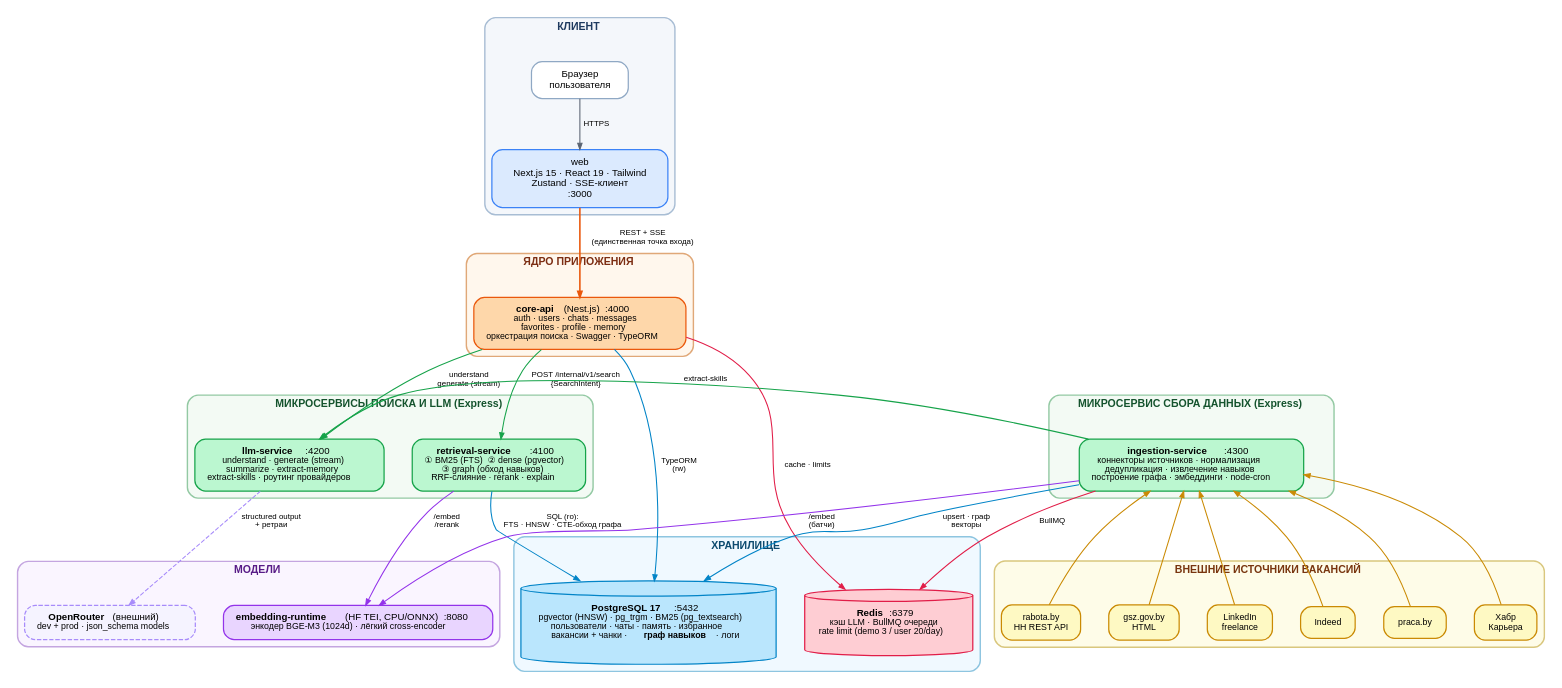
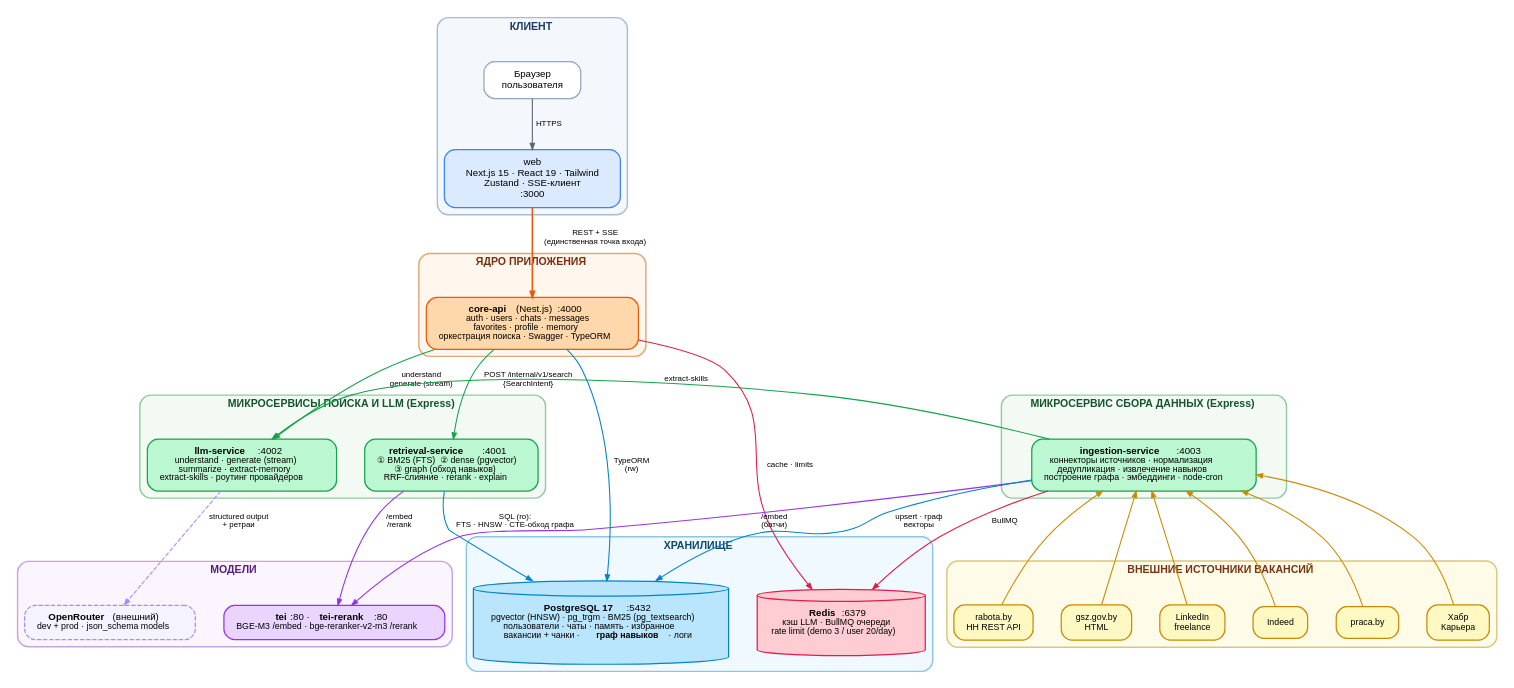
The diagram in Wiki/diagrams/architecture.dot (Daniello0/hira), drawn with Graphviz before and after one commit. The commit also changed 7 other files, not shown here.

```diff
--- a/Wiki/diagrams/architecture.dot
+++ b/Wiki/diagrams/architecture.dot
@@ -1,145 +1,145 @@
 digraph Architecture {
     rankdir=TB;
     splines=spline;
     nodesep=0.45;
     ranksep=0.65;
     bgcolor="#ffffff";
     fontname="Helvetica";
     compound=true;
 
     node [shape=box, style="rounded,filled", fontname="Helvetica", fontsize=11,
           penwidth=1.4, margin="0.20,0.12"];
     edge [fontname="Helvetica", fontsize=9, color="#5b6472", penwidth=1.2,
           arrowsize=0.7];
 
     // ───────────────────────── КЛИЕНТ ─────────────────────────
     subgraph cluster_client {
         label="  КЛИЕНТ  ";
         fontname="Helvetica-Bold"; fontsize=12; fontcolor="#1e3a5f";
         style="rounded,filled"; fillcolor="#f4f7fb"; color="#a8bdd4"; penwidth=1.6;
 
         browser [label="Браузер\nпользователя", fillcolor="#ffffff", color="#8fa8c4", shape=box];
         web [label="web\nNext.js 15 · React 19 · Tailwind\nZustand · SSE-клиент\n:3000",
              fillcolor="#dbeafe", color="#3b82f6"];
     }
 
     // ───────────────────────── ЯДРО ─────────────────────────
     subgraph cluster_core {
         label="  ЯДРО ПРИЛОЖЕНИЯ  ";
         fontname="Helvetica-Bold"; fontsize=12; fontcolor="#7c2d12";
         style="rounded,filled"; fillcolor="#fff7ed"; color="#e0a878"; penwidth=1.6;
 
         core [label=<<b>core-api</b>  (Nest.js)  :4000<br/>
 <font point-size="10">auth · users · chats · messages<br/>
 favorites · profile · memory<br/>
 оркестрация поиска · Swagger · TypeORM</font>>,
               fillcolor="#fed7aa", color="#ea580c"];
     }
 
     // ───────────────────────── МИКРОСЕРВИСЫ ─────────────────────────
     subgraph cluster_ms {
         label="  МИКРОСЕРВИСЫ ПОИСКА И LLM (Express)  ";
         fontname="Helvetica-Bold"; fontsize=12; fontcolor="#14532d";
         style="rounded,filled"; fillcolor="#f3faf4"; color="#93c9a3"; penwidth=1.6;
 
-        retrieval [label=<<b>retrieval-service</b>  :4100<br/>
+        retrieval [label=<<b>retrieval-service</b>  :4001<br/>
 <font point-size="10">① BM25 (FTS)  ② dense (pgvector)<br/>
 ③ graph (обход навыков)<br/>
 RRF-слияние · rerank · explain</font>>,
                    fillcolor="#bbf7d0", color="#16a34a"];
 
-        llm [label=<<b>llm-service</b>  :4200<br/>
+        llm [label=<<b>llm-service</b>  :4002<br/>
 <font point-size="10">understand · generate (stream)<br/>
 summarize · extract-memory<br/>
 extract-skills · роутинг провайдеров</font>>,
              fillcolor="#bbf7d0", color="#16a34a"];
     }
 
     subgraph cluster_ing {
         label="  МИКРОСЕРВИС СБОРА ДАННЫХ (Express)  ";
         fontname="Helvetica-Bold"; fontsize=12; fontcolor="#14532d";
         style="rounded,filled"; fillcolor="#f3faf4"; color="#93c9a3"; penwidth=1.6;
 
-        ingestion [label=<<b>ingestion-service</b>  :4300<br/>
+        ingestion [label=<<b>ingestion-service</b>  :4003<br/>
 <font point-size="10">коннекторы источников · нормализация<br/>
 дедупликация · извлечение навыков<br/>
 построение графа · эмбеддинги · node-cron</font>>,
                    fillcolor="#bbf7d0", color="#16a34a"];
     }
 
     // ───────────────────────── МОДЕЛИ ─────────────────────────
     subgraph cluster_models {
         label="  МОДЕЛИ  ";
         fontname="Helvetica-Bold"; fontsize=12; fontcolor="#581c87";
         style="rounded,filled"; fillcolor="#faf5ff"; color="#c4a5e0"; penwidth=1.6;
 
-        tei [label=<<b>embedding-runtime</b>  (HF TEI, CPU/ONNX)  :8080<br/>
-<font point-size="10">энкодер BGE-M3 (1024d) · лёгкий cross-encoder</font>>,
+        tei [label=<<b>tei</b> :80 · <b>tei-rerank</b> :80<br/>
+<font point-size="10">BGE-M3 /embed · bge-reranker-v2-m3 /rerank</font>>,
              fillcolor="#e9d5ff", color="#9333ea"];
 
         providers [label=<<b>OpenRouter</b> (внешний)<br/>
 <font point-size="10">dev + prod · json_schema models</font>>,
                    fillcolor="#f5f3ff", color="#a78bfa", style="rounded,filled,dashed"];
     }
 
     // ───────────────────────── ХРАНИЛИЩЕ ─────────────────────────
     subgraph cluster_db {
         label="  ХРАНИЛИЩЕ  ";
         fontname="Helvetica-Bold"; fontsize=12; fontcolor="#0c4a6e";
         style="rounded,filled"; fillcolor="#f0f9ff"; color="#8ec5e0"; penwidth=1.6;
 
         pg [label=<<b>PostgreSQL 17</b>  :5432<br/>
 <font point-size="10">pgvector (HNSW) · pg_trgm · BM25 (pg_textsearch)<br/>
 пользователи · чаты · память · избранное<br/>
 вакансии + чанки · <b>граф навыков</b> · логи</font>>,
             shape=cylinder, style=filled, fillcolor="#bae6fd", color="#0284c7",
             margin="0.28,0.20"];
 
         redis [label=<<b>Redis</b>  :6379<br/>
 <font point-size="10">кэш LLM · BullMQ очереди<br/>
 rate limit (demo 3 / user 20/day)</font>>,
               shape=cylinder, style=filled, fillcolor="#fecdd3", color="#e11d48",
               margin="0.22,0.16"];
     }
 
     // ───────────────────────── ИСТОЧНИКИ ─────────────────────────
     subgraph cluster_src {
         label="  ВНЕШНИЕ ИСТОЧНИКИ ВАКАНСИЙ  ";
         fontname="Helvetica-Bold"; fontsize=12; fontcolor="#78350f";
         style="rounded,filled"; fillcolor="#fefce8"; color="#d9c77e"; penwidth=1.6;
 
         s_hh    [label="rabota.by\nHH REST API", fillcolor="#fef9c3", color="#ca8a04", fontsize=10];
         s_gsz   [label="gsz.gov.by\nHTML", fillcolor="#fef9c3", color="#ca8a04", fontsize=10];
         s_li    [label="LinkedIn\nfreelance", fillcolor="#fef9c3", color="#ca8a04", fontsize=10];
         s_ind   [label="Indeed", fillcolor="#fef9c3", color="#ca8a04", fontsize=10];
         s_praca [label="praca.by", fillcolor="#fef9c3", color="#ca8a04", fontsize=10];
         s_hab   [label="Хабр\nКарьера", fillcolor="#fef9c3", color="#ca8a04", fontsize=10];
     }
 
     // ───────────────────────── СВЯЗИ ─────────────────────────
     browser -> web      [label="  HTTPS"];
     web     -> core     [label="  REST + SSE\n  (единственная точка входа)", penwidth=1.8, color="#ea580c"];
 
     core -> retrieval   [label="  POST /internal/v1/search\n  {SearchIntent}", color="#16a34a"];
     core -> llm         [label="  understand\n  generate (stream)", color="#16a34a"];
     core -> pg          [label="  TypeORM\n  (rw)", color="#0284c7"];
     core -> redis       [label="  cache · limits", color="#e11d48"];
     ingestion -> redis  [label="  BullMQ", color="#e11d48"];
 
     retrieval -> tei    [label="  /embed\n  /rerank", color="#9333ea"];
     retrieval -> pg     [label="  SQL (ro):\n  FTS · HNSW · CTE-обход графа", color="#0284c7"];
 
     llm -> providers    [label="  structured output\n  + ретраи", style=dashed, color="#a78bfa"];
 
     ingestion -> pg     [label="  upsert · граф\n  векторы", color="#0284c7"];
     ingestion -> llm    [label="  extract-skills  ", color="#16a34a", constraint=false];
     ingestion -> tei    [label="  /embed\n  (батчи)", color="#9333ea", constraint=false];
 
     ingestion -> s_hh    [dir=back, color="#ca8a04"];
     ingestion -> s_gsz   [dir=back, color="#ca8a04"];
     ingestion -> s_li    [dir=back, color="#ca8a04"];
     ingestion -> s_ind   [dir=back, color="#ca8a04"];
     ingestion -> s_praca [dir=back, color="#ca8a04"];
     ingestion -> s_hab   [dir=back, color="#ca8a04"];
 
 }
```
